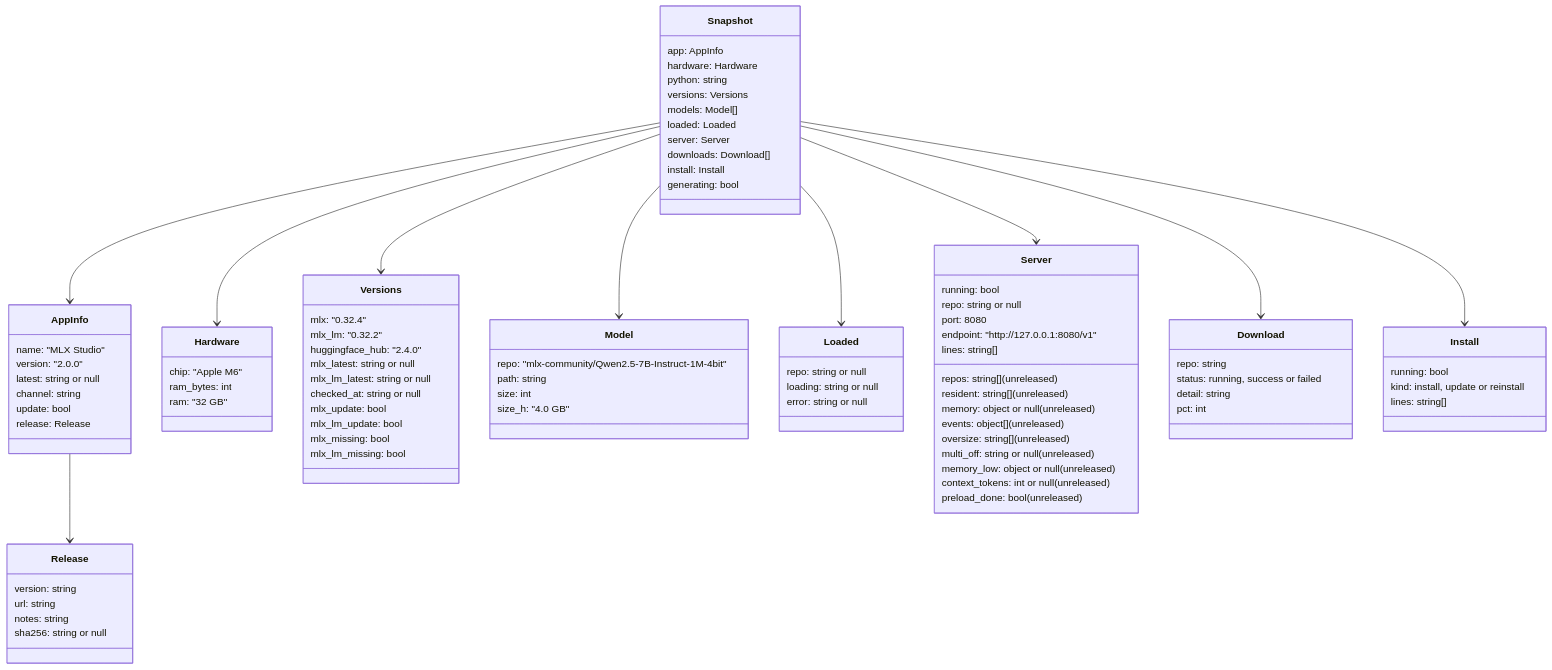
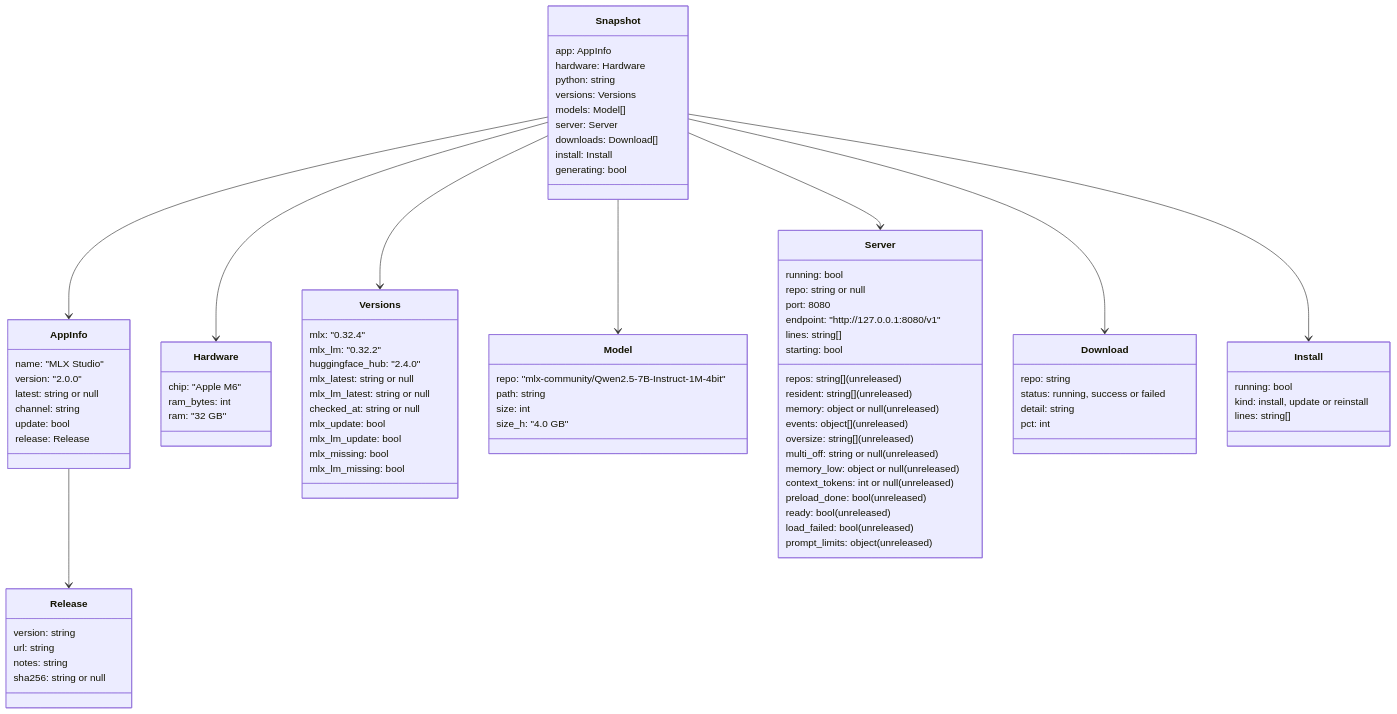
Before and after one commit to DipeshPansuriya/MLX_Model_App: the diagram in docs/diagrams/state-model.md, drawn with Mermaid. The commit also changed other lines of this file and 114 other files, not shown here.

First line of the commit message:
release: 2.0.13 direct MLX and OptiQ engines, load test up to 1M, new start flow (#31)

```diff
--- a/docs/diagrams/state-model.md
+++ b/docs/diagrams/state-model.md
@@ -22,7 +28,6 @@
         python: string
         versions: Versions
         models: Model[]
-        loaded: Loaded
         server: Server
         downloads: Download[]
         install: Install
@@ -71,12 +76,6 @@
         size_h: "4.0 GB"
     }
 
-    class Loaded {
-        repo: string or null
-        loading: string or null
-        error: string or null
-    }
-
     class Server {
         running: bool
         repo: string or null
@@ -92,6 +91,10 @@
         memory_low: object or null (unreleased)
         context_tokens: int or null (unreleased)
         preload_done: bool (unreleased)
+        starting: bool
+        ready: bool (unreleased)
+        load_failed: bool (unreleased)
+        prompt_limits: object (unreleased)
     }
 
     class Download {
@@ -111,7 +114,6 @@
     Snapshot --> Hardware
     Snapshot --> Versions
     Snapshot --> Model
-    Snapshot --> Loaded
     Snapshot --> Server
     Snapshot --> Download
     Snapshot --> Install
```
